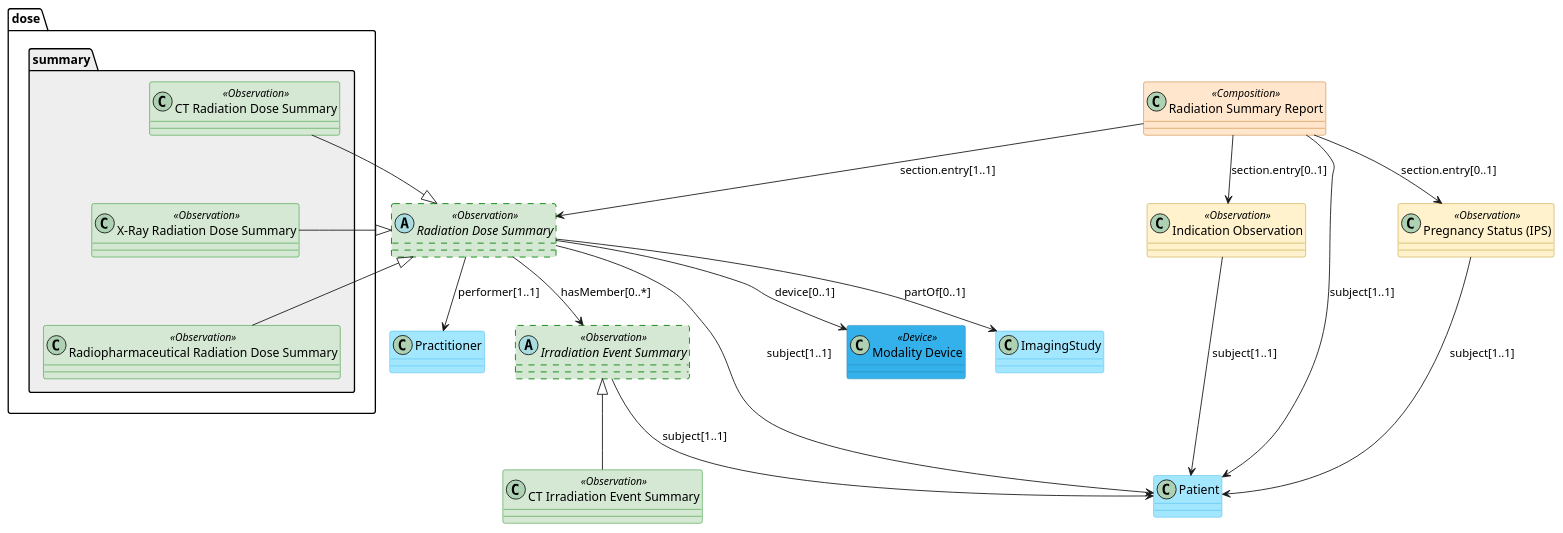
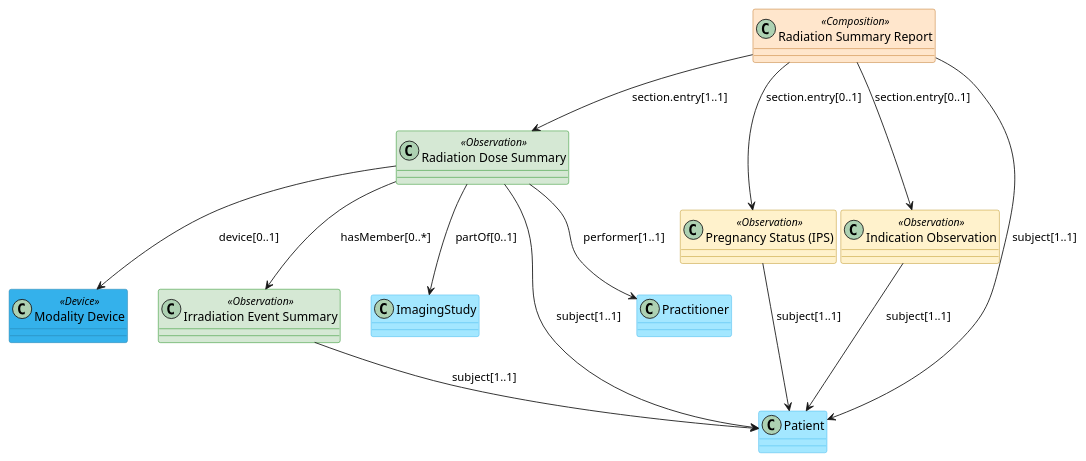
One commit to HL7/fhir-radiation-dose-summary-ig changed the diagram in input/images-source/archi.plantuml. Above: the diagram before and after it, drawn with PlantUML. The commit also changed 25 other files, not shown here.

Commit message:
FHIR-35713 - keep irradiation event

```diff
--- a/input/images-source/archi.plantuml
+++ b/input/images-source/archi.plantuml
@@ -1,44 +1,24 @@
 @startuml archi
 class "Radiation Summary Report" as RSR <<Composition>> #ffe6cc ##b86611
-abstract class "Radiation Dose Summary" as DoseSummary <<Observation>> #d5e8d4 ##[dashed]green 
+class "Radiation Dose Summary" as DoseSummary <<Observation>> #d5e8d4 ##green 
 class "Pregnancy Status (IPS)" as PregnancyStatus <<Observation>> #fff2cc ##b3880c
 class "Indication Observation" as Indication <<Observation>> #fff2cc ##b3880c
 class "Modality Device" as Modality <<Device>> #34b1eb ##217aa3
-abstract class "Irradiation Event Summary" as IrradiationEvent <<Observation>> #d5e8d4 ##[dashed]green 
-class "CT Irradiation Event Summary" as CTIrradiationEvent <<Observation>> #d5e8d4 ##green
+class "Irradiation Event Summary" as IrradiationEvent <<Observation>> #d5e8d4 ##green 
 class "ImagingStudy" as ImagingStudy #a3e7ff ##34b1eb
 class "Patient" as Patient #a3e7ff ##34b1eb
 class "Practitioner" as Practitioner #a3e7ff ##34b1eb
-namespace dose.summary #EEEEEE { 
-   class "CT Radiation Dose Summary" as CTDoseSummary <<Observation>> #d5e8d4 ##green
-   class "X-Ray Radiation Dose Summary"  as XRayDoseSummary <<Observation>> #d5e8d4 ##green
-   class "Radiopharmaceutical Radiation Dose Summary"  as NMDoseSummary <<Observation>> #d5e8d4 ##green
-   .DoseSummary <|-- CTDoseSummary
-   .DoseSummary <|-- XRayDoseSummary
-   .DoseSummary <|-- NMDoseSummary
-   CTDoseSummary  -[hidden]down-> .Modality
-   CTDoseSummary  -[hidden]down-> .ImagingStudy
-   CTDoseSummary  -[hidden]down-> .Practitioner
-   CTDoseSummary  -[hidden]down-> .Patient
-   CTDoseSummary  -[hidden]down-> XRayDoseSummary
-   XRayDoseSummary -[hidden]down-> NMDoseSummary
-   CTDoseSummary -[hidden]down-> .DoseSummary
-   NMDoseSummary -[hidden]down-> .DoseSummary
-   XRayDoseSummary-[hidden]down-> .DoseSummary
-}
 
-IrradiationEvent <|-- CTIrradiationEvent
 DoseSummary   -down-> Patient : subject[1..1]
 DoseSummary   -down-> Practitioner : performer[1..1]
 DoseSummary   -down-> ImagingStudy : partOf[0..1]
 DoseSummary   -down-> IrradiationEvent : hasMember[0..*]
 DoseSummary   -down-> Modality : device[0..1]
 IrradiationEvent  -down-> Patient : subject[1..1]
 PregnancyStatus  -down-> Patient : subject[1..1]
 Indication  -down-> Patient : subject[1..1]
 RSR -down-> Patient : subject[1..1]
 RSR  -down-> DoseSummary  : section.entry[1..1]
-RSR  -[hidden]left-> dose.summary.CTDoseSummary
 RSR  -down-> PregnancyStatus : section.entry[0..1]
 RSR  -down-> Indication : section.entry[0..1]
 @enduml
```
